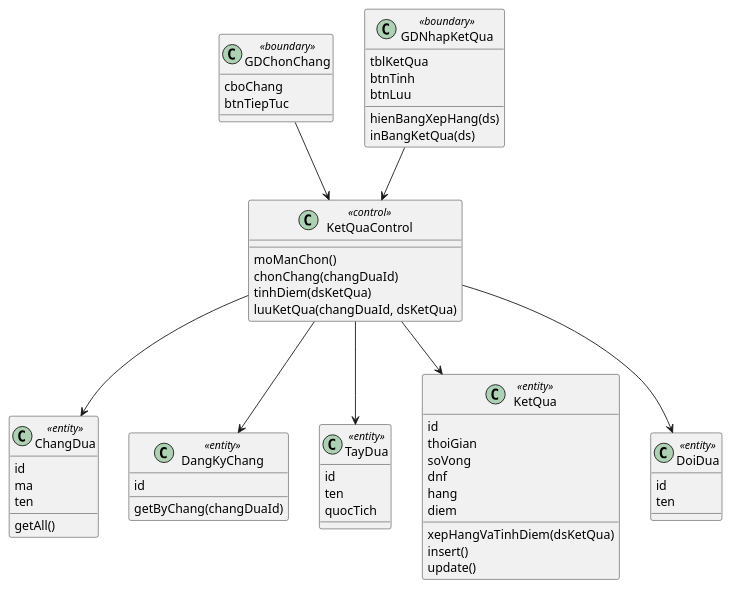
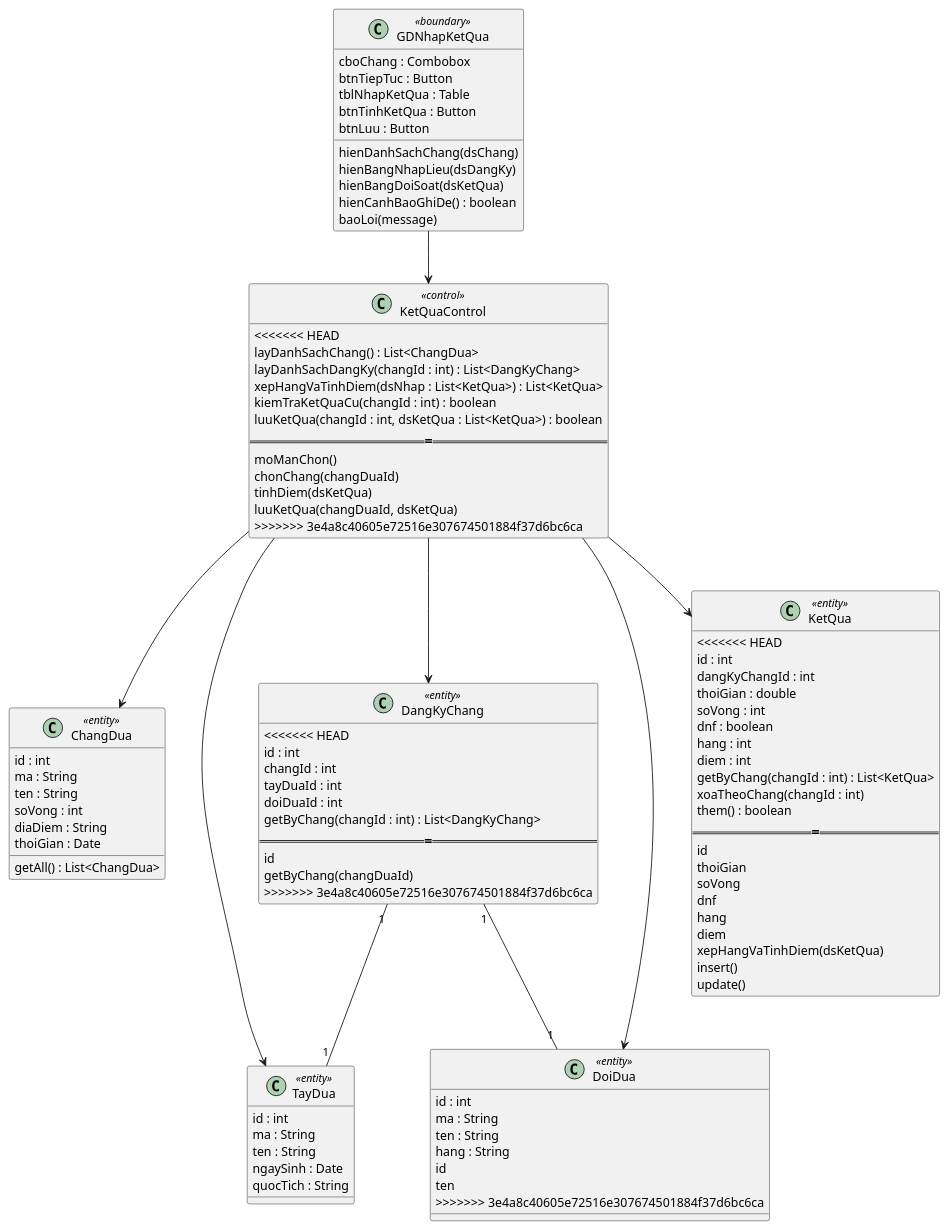
The third of 5 diagrams in Module 3 - Kiet/noi-dung.md (7gho/CNPM-He2026), drawn with PlantUML before and after one commit. The commit also changed other lines of this file, not shown here.

````diff
--- a/Module 3 - Kiet/noi-dung.md
+++ b/Module 3 - Kiet/noi-dung.md
@@ -83,38 +109,84 @@
 ```plantuml
 @startuml
-class GDChonChang <<boundary>> {
-  cboChang
-  btnTiepTuc
+class GDNhapKetQua <<boundary>> {
+  cboChang : Combobox
+  btnTiepTuc : Button
+  tblNhapKetQua : Table
+  btnTinhKetQua : Button
+  btnLuu : Button
+  hienDanhSachChang(dsChang)
+  hienBangNhapLieu(dsDangKy)
+  hienBangDoiSoat(dsKetQua)
+  hienCanhBaoGhiDe() : boolean
+  baoLoi(message)
 }
-class GDNhapKetQua <<boundary>> {
-  tblKetQua
-  btnTinh
-  btnLuu
-  hienBangXepHang(ds)
-  inBangKetQua(ds)
-}
+
 class KetQuaControl <<control>> {
+<<<<<<< HEAD
+  layDanhSachChang() : List<ChangDua>
+  layDanhSachDangKy(changId : int) : List<DangKyChang>
+  xepHangVaTinhDiem(dsNhap : List<KetQua>) : List<KetQua>
+  kiemTraKetQuaCu(changId : int) : boolean
+  luuKetQua(changId : int, dsKetQua : List<KetQua>) : boolean
+=======
   moManChon()
   chonChang(changDuaId)
   tinhDiem(dsKetQua)
   luuKetQua(changDuaId, dsKetQua)
+>>>>>>> 3e4a8c40605e72516e307674501884f37d6bc6ca
 }
+
 class ChangDua <<entity>> {
-  id
-  ma
-  ten
-  getAll()
+  id : int
+  ma : String
+  ten : String
+  soVong : int
+  diaDiem : String
+  thoiGian : Date
+  getAll() : List<ChangDua>
 }
+
 class DangKyChang <<entity>> {
+<<<<<<< HEAD
+  id : int
+  changId : int
+  tayDuaId : int
+  doiDuaId : int
+  getByChang(changId : int) : List<DangKyChang>
+=======
   id
   getByChang(changDuaId)
+>>>>>>> 3e4a8c40605e72516e307674501884f37d6bc6ca
 }
+
 class TayDua <<entity>> {
-  id
-  ten
-  quocTich
+  id : int
+  ma : String
+  ten : String
+  ngaySinh : Date
+  quocTich : String
 }
+
+class DoiDua <<entity>> {
+  id : int
+  ma : String
+  ten : String
+  hang : String
+}
+
 class KetQua <<entity>> {
+<<<<<<< HEAD
+  id : int
+  dangKyChangId : int
+  thoiGian : double
+  soVong : int
+  dnf : boolean
+  hang : int
+  diem : int
+  getByChang(changId : int) : List<KetQua>
+  xoaTheoChang(changId : int)
+  them() : boolean
+=======
   id
   thoiGian
   soVong
@@ -128,13 +200,16 @@
 class DoiDua <<entity>> {
   id
   ten
+>>>>>>> 3e4a8c40605e72516e307674501884f37d6bc6ca
 }
-GDChonChang --> KetQuaControl
+
 GDNhapKetQua --> KetQuaControl
 KetQuaControl --> ChangDua
 KetQuaControl --> DangKyChang
 KetQuaControl --> TayDua
 KetQuaControl --> DoiDua
 KetQuaControl --> KetQua
+DangKyChang "1" -- "1" TayDua
+DangKyChang "1" -- "1" DoiDua
 @enduml
 ```
````
